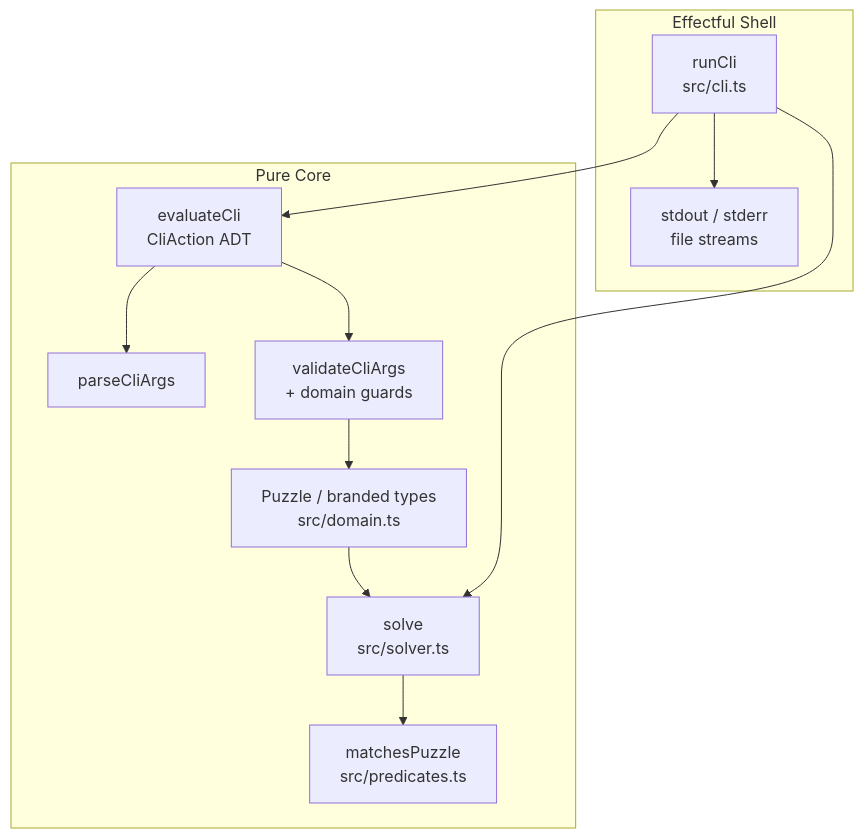
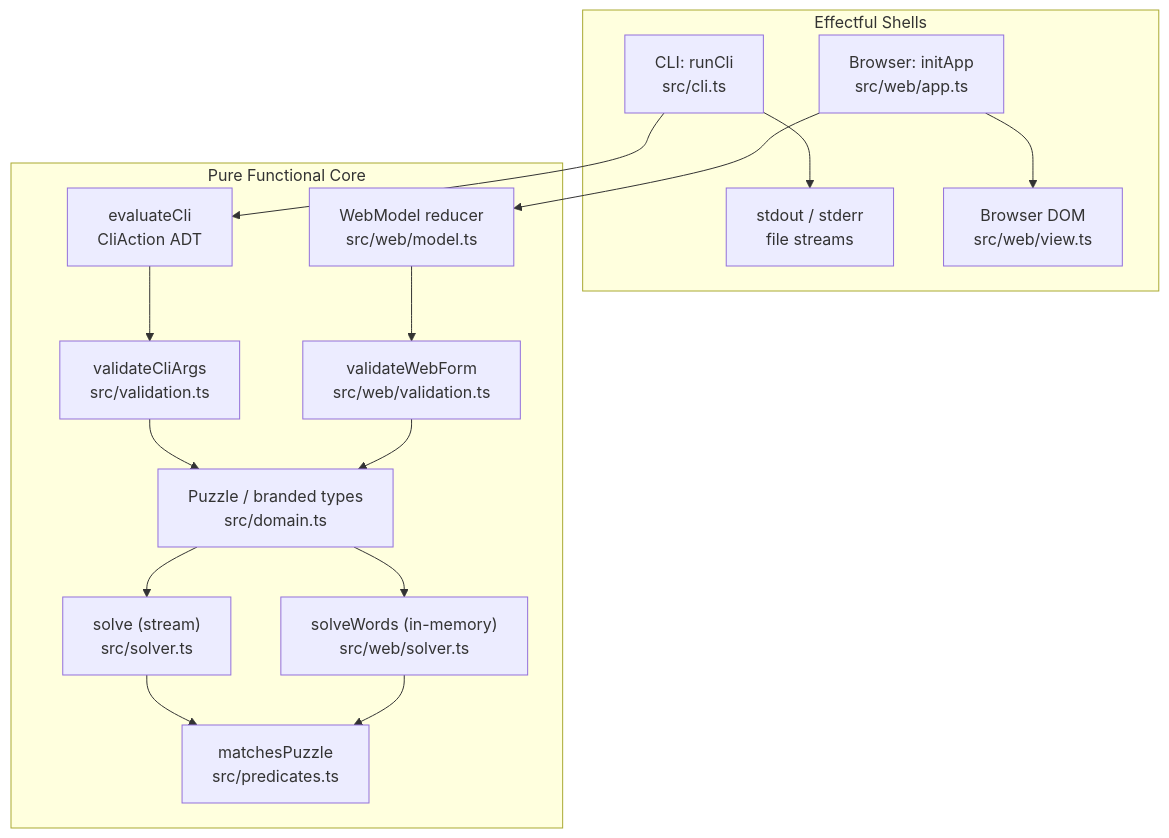
One commit to frankhjung/typescript-wordpuzzle changed the second of 2 diagrams in README.md. Above: the diagram before and after it, drawn with Mermaid. The commit also changed other lines of this file and 28 other files, not shown here.

Commit message:
feat: add web user interface and client-side solver architecture

````diff
--- a/README.md
+++ b/README.md
@@ -276,25 +312,34 @@
 ```mermaid
 flowchart TB
-    subgraph Shell[Effectful Shell]
-        CLI["runCli<br/>src/cli.ts"]
+    subgraph Shell[Effectful Shells]
+        CLI["CLI: runCli<br/>src/cli.ts"]
+        WEB["Browser: initApp<br/>src/web/app.ts"]
         IO["stdout / stderr<br/>file streams"]
+        DOM["Browser DOM<br/>src/web/view.ts"]
     end
 
-    subgraph Core[Pure Core]
+    subgraph Core[Pure Functional Core]
         Eval["evaluateCli<br/>CliAction ADT"]
-        Parse[parseCliArgs]
-        Validate["validateCliArgs<br/>+ domain guards"]
+        ValCLI["validateCliArgs<br/>src/validation.ts"]
+        ValWeb["validateWebForm<br/>src/web/validation.ts"]
+        Model["WebModel reducer<br/>src/web/model.ts"]
         Domain["Puzzle / branded types<br/>src/domain.ts"]
-        Solver["solve<br/>src/solver.ts"]
+        StreamSolver["solve (stream)<br/>src/solver.ts"]
+        MemorySolver["solveWords (in-memory)<br/>src/web/solver.ts"]
         Pred["matchesPuzzle<br/>src/predicates.ts"]
     end
 
     CLI --> Eval
-    Eval --> Parse
-    Eval --> Validate
-    Validate --> Domain
-    Domain --> Solver
-    Solver --> Pred
+    Eval --> ValCLI
+    ValCLI --> Domain
+    Domain --> StreamSolver
+    StreamSolver --> Pred
     CLI --> IO
-    CLI --> Solver
+
+    WEB --> Model
+    Model --> ValWeb
+    ValWeb --> Domain
+    Domain --> MemorySolver
+    MemorySolver --> Pred
+    WEB --> DOM
 ```
````
